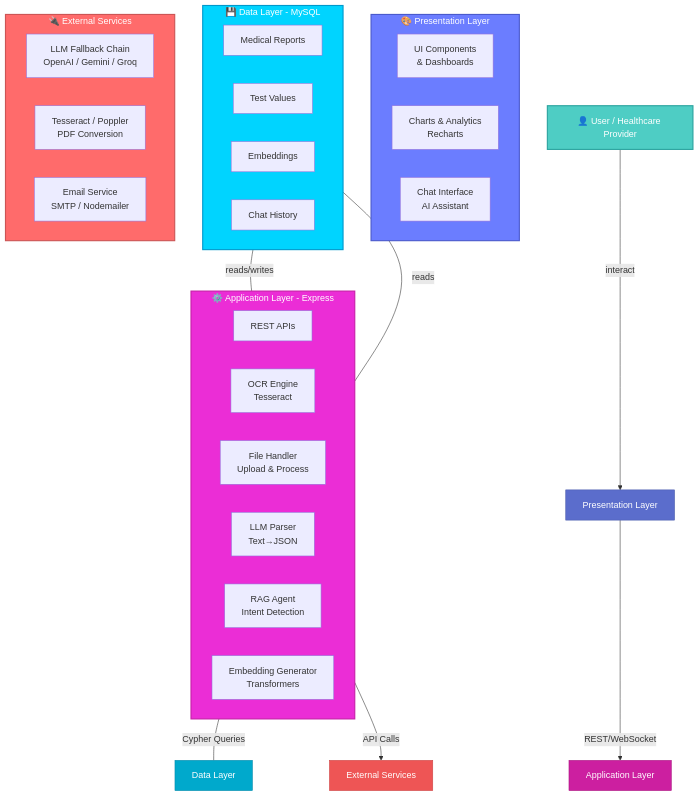
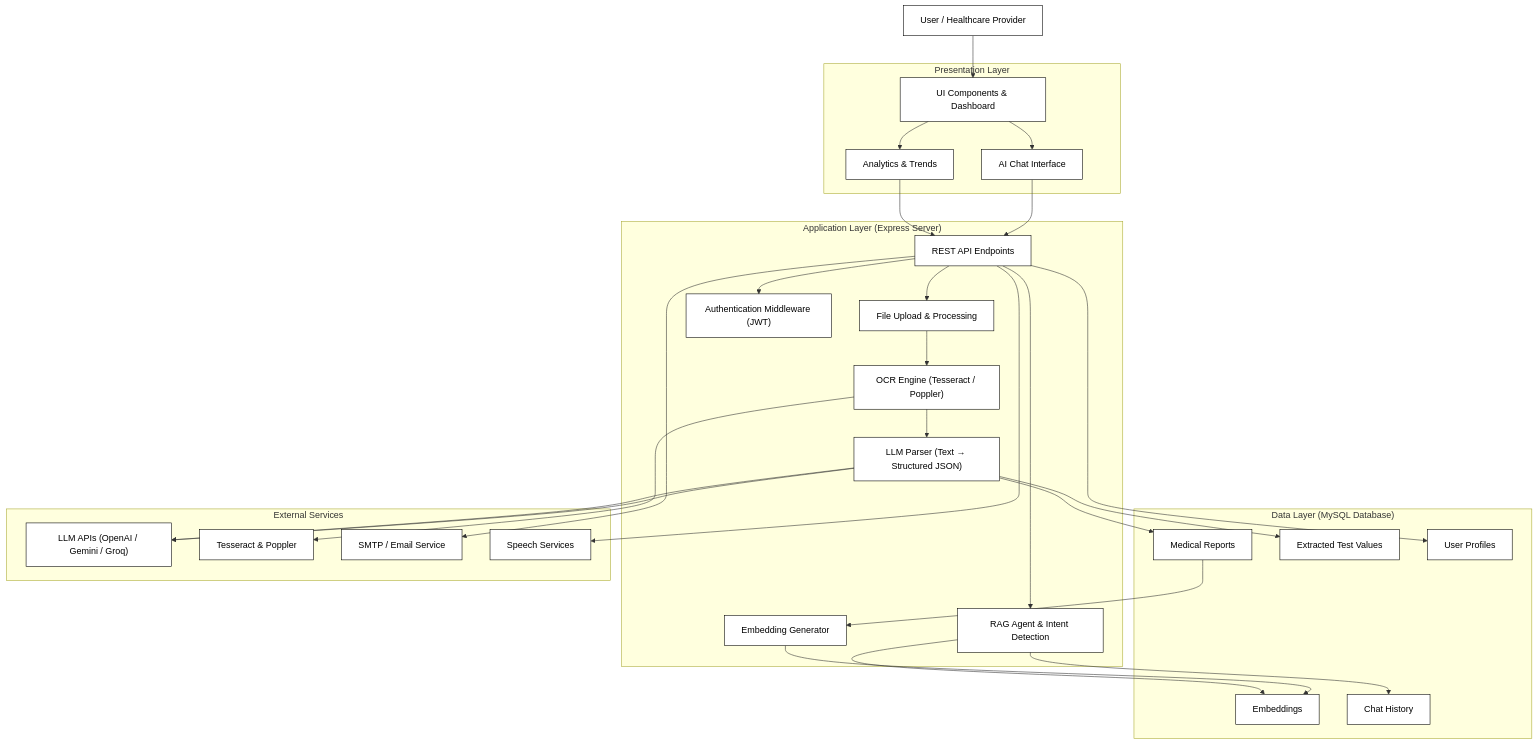
Before and after one commit to Janjirala-Srikar/lab-report-agent: the diagram in README.md, drawn with Mermaid.

````diff
--- a/README.md
+++ b/README.md
@@ -99,57 +99,75 @@
 ```mermaid
 flowchart TD
-  User["👤 User / Healthcare Provider"]
-  
-  User -->|interact| PL["Presentation Layer"]
-  
-  subgraph Presentation["🎨 Presentation Layer"]
-    direction LR
-    UI["UI Components<br/>& Dashboards"]
-    Chart["Charts & Analytics<br/>Recharts"]
-    Chat["Chat Interface<br/>AI Assistant"]
-  end
-  
-  PL -->|REST/WebSocket| AL["Application Layer"]
-  
-  subgraph Application["⚙️ Application Layer - Express"]
-    direction LR
-    REST["REST APIs"]
-    OCREngine["OCR Engine<br/>Tesseract"]
-    FileHandler["File Handler<br/>Upload & Process"]
-    LLMParser["LLM Parser<br/>Text→JSON"]
-    RAGAgent["RAG Agent<br/>Intent Detection"]
-    EmbedGen["Embedding Generator<br/>Transformers"]
-  end
-  
-  REST ---|Cypher Queries| DL["Data Layer"]
-  
-  subgraph DataLayer["💾 Data Layer - MySQL"]
-    direction LR
-    Reports["Medical Reports"]
-    Tests["Test Values"]
-    Embeddings["Embeddings"]
-    History["Chat History"]
-  end
-  
-  LLMParser -->|API Calls| ES["External Services"]
-  
-  subgraph External["🔌 External Services"]
-    direction LR
-    LLM["LLM Fallback Chain<br/>OpenAI / Gemini / Groq"]
-    OCR["Tesseract / Poppler<br/>PDF Conversion"]
-    Email["Email Service<br/>SMTP / Nodemailer"]
-  end
-  
-  DataLayer ---|reads/writes| EmbedGen
-  DataLayer ---|reads| RAGAgent
-  
-  style Presentation fill:#6b7dff,stroke:#4a5acc,stroke-width:2px,color:#fff
-  style Application fill:#eb2dd6,stroke:#c71fa8,stroke-width:2px,color:#fff
-  style DataLayer fill:#00d4ff,stroke:#0099cc,stroke-width:2px,color:#fff
-  style External fill:#ff6b6b,stroke:#cc5555,stroke-width:2px,color:#fff
-  style User fill:#4ecdc4,stroke:#2ba39f,stroke-width:2px,color:#fff
-  style PL fill:#5b6dcc,stroke:#4a5aaa,stroke-width:1px,color:#fff
-  style AL fill:#cc1fa0,stroke:#aa1680,stroke-width:1px,color:#fff
-  style DL fill:#00a9cc,stroke:#0088aa,stroke-width:1px,color:#fff
-  style ES fill:#ee5555,stroke:#cc4444,stroke-width:1px,color:#fff
+
+%% User
+User["User / Healthcare Provider"]
+
+%% Presentation Layer
+subgraph Presentation["Presentation Layer"]
+UI["UI Components & Dashboard"]
+Chat["AI Chat Interface"]
+Charts["Analytics & Trends"]
+end
+
+%% Application Layer
+subgraph Application["Application Layer (Express Server)"]
+API["REST API Endpoints"]
+File["File Upload & Processing"]
+OCR["OCR Engine (Tesseract / Poppler)"]
+Parser["LLM Parser (Text → Structured JSON)"]
+Agent["RAG Agent & Intent Detection"]
+Embed["Embedding Generator"]
+Auth["Authentication Middleware (JWT)"]
+end
+
+%% Data Layer
+subgraph Data["Data Layer (MySQL Database)"]
+Reports["Medical Reports"]
+Tests["Extracted Test Values"]
+Vectors["Embeddings"]
+History["Chat History"]
+Users["User Profiles"]
+end
+
+%% External Services
+subgraph External["External Services"]
+LLM["LLM APIs (OpenAI / Gemini / Groq)"]
+OCRTools["Tesseract & Poppler"]
+Email["SMTP / Email Service"]
+Speech["Speech Services"]
+end
+
+%% Flow
+User --> UI
+UI --> Chat
+UI --> Charts
+
+Chat --> API
+Charts --> API
+
+API --> Auth
+API --> File
+File --> OCR
+OCR --> Parser
+
+Parser --> LLM
+Parser --> Reports
+Parser --> Tests
+
+Reports --> Embed
+Embed --> Vectors
+
+API --> Agent
+Agent --> Vectors
+Agent --> History
+
+API --> Users
+API --> Email
+
+OCR --> OCRTools
+Parser --> LLM
+API --> Speech
+
+%% Styling (Black & White)
+classDef default fill:#ffffff,stroke:#000000,stroke-width:1px,color:#000000
 ```
````
